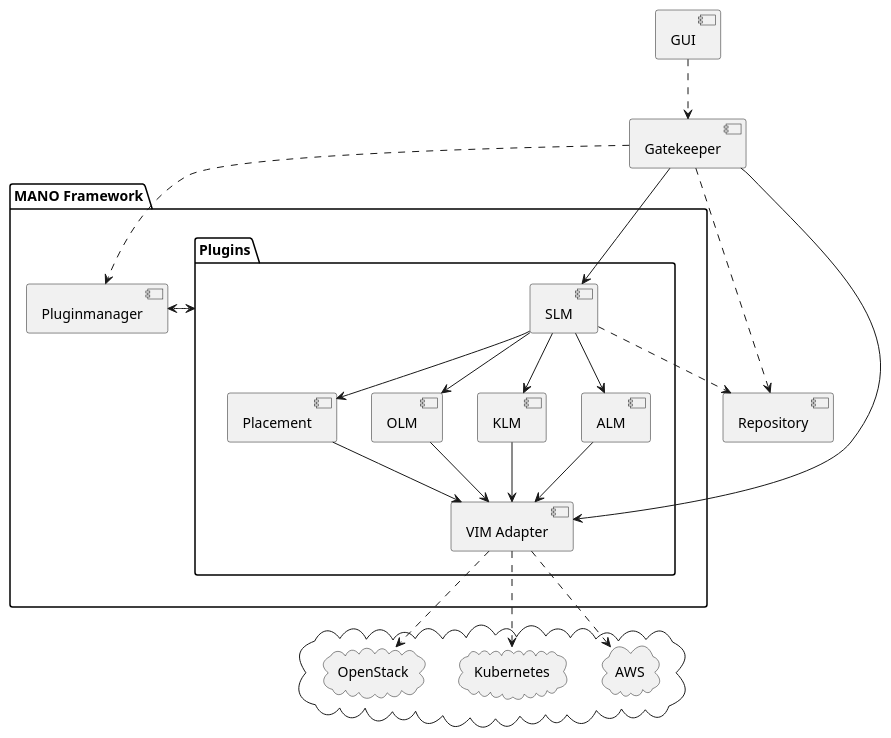
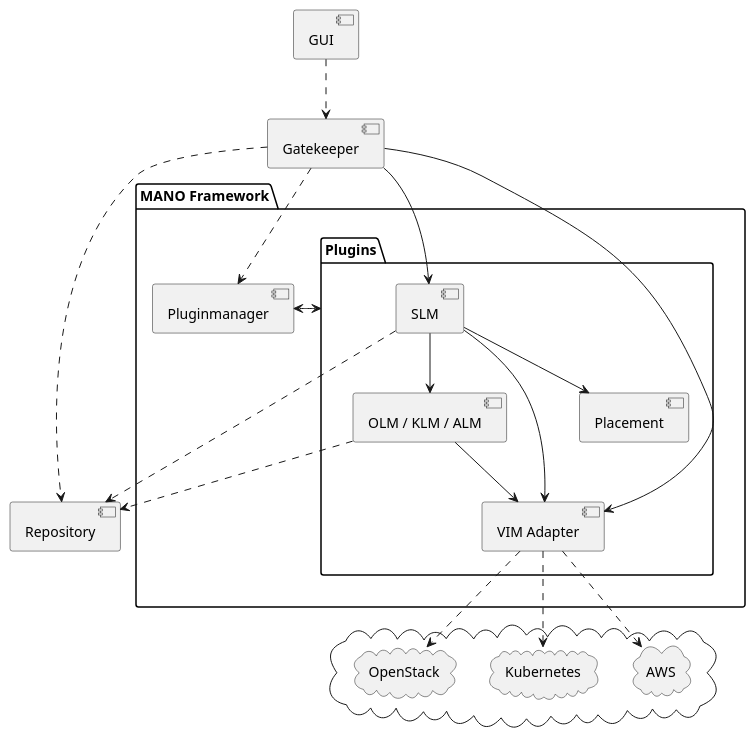
One commit to CN-UPB/Pishahang changed the diagram in docs/figures/developers/microservices.puml. Above: the diagram before and after it, drawn with PlantUML. The commit also changed 1 other file, not shown here.

Commit message:
Update microservices diagram

```diff
--- a/docs/figures/developers/microservices.puml
+++ b/docs/figures/developers/microservices.puml
@@ -1,56 +1,49 @@
 @startuml Microservices
 top to bottom direction
 skinparam componentStyle uml2
 
 [Repository]
 
 [Gatekeeper]
 
 [GUI]
 GUI ..> Gatekeeper
 
 cloud {
   cloud "AWS"
   cloud "Kubernetes"
   cloud "OpenStack"
 }
 
 package "MANO Framework" {
   [Pluginmanager]
   Gatekeeper ..> Pluginmanager
   Gatekeeper ..> Repository
 
   package "Plugins" {
     ' VIM Adapter
     [VIM Adapter] as VIM
     Gatekeeper --> VIM
     VIM ..> AWS
     VIM ..> OpenStack
     VIM ..> Kubernetes
 
+    [OLM / KLM / ALM] as FLM
+    FLM --> VIM
+    FLM ..> Repository
+
     [Placement]
-    Placement --> VIM
-
-    [OLM]
-    OLM --> VIM
-
-    [KLM]
-    KLM --> VIM
-
-    [ALM]
-    ALM --> VIM
 
     ' SLM
     [SLM]
     SLM ..> Repository
     SLM --> Placement
-    SLM --> OLM
-    SLM --> KLM
-    SLM --> ALM
+    SLM --> VIM
+    SLM --> FLM
     Gatekeeper --> SLM
   }
 
   Plugins <-> Pluginmanager
 }
 
 @enduml
```
